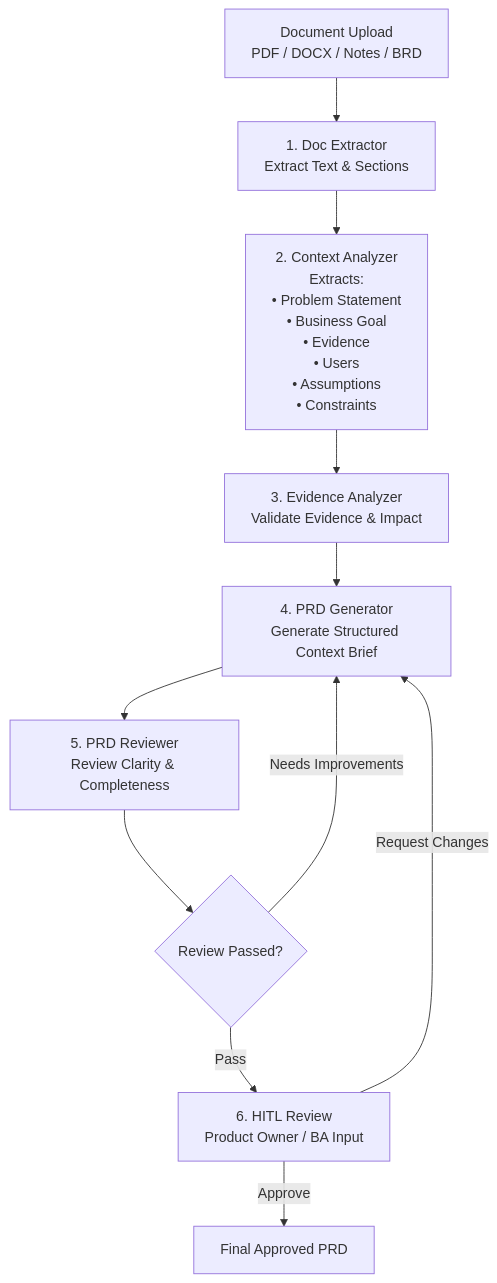
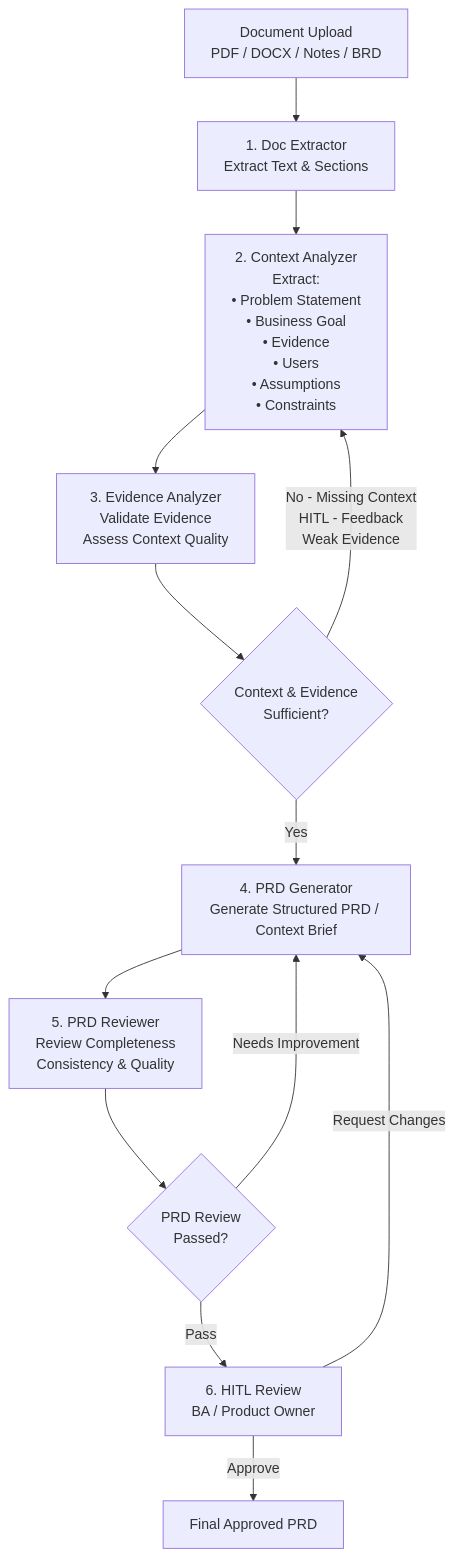
Before and after one commit to neeraj0803/Agentic-AI: the diagram in flowchart.md, drawn with Mermaid. The commit also changed 15 other files, not shown here.

Commit message:
Changes related to Flowchart and added some examples codes.

````diff
--- a/flowchart.md
+++ b/flowchart.md
@@ -1,35 +1,42 @@
 ```mermaid
 flowchart TD
 
     A[Document Upload<br/>PDF / DOCX / Notes / BRD]
 
     B[1. Doc Extractor<br/>Extract Text & Sections]
 
-    C[2. Context Analyzer<br/>Extracts:<br/>• Problem Statement<br/>• Business Goal<br/>• Evidence<br/>• Users<br/>• Assumptions<br/>• Constraints]
+    C[2. Context Analyzer<br/>Extract:<br/>• Problem Statement<br/>• Business Goal<br/>• Evidence<br/>• Users<br/>• Assumptions<br/>• Constraints]
 
-    D[3. Evidence Analyzer<br/>Validate Evidence & Impact]
+    D[3. Evidence Analyzer<br/>Validate Evidence<br/>Assess Context Quality]
 
-    E[4. PRD Generator<br/>Generate Structured Context Brief]
+    E{Context & Evidence<br/>Sufficient?}
 
-    F[5. PRD Reviewer<br/>Review Clarity & Completeness]
+    F[4. PRD Generator<br/>Generate Structured PRD / Context Brief]
 
-    G{Review Passed?}
+    G[5. PRD Reviewer<br/>Review Completeness<br/>Consistency & Quality]
 
-    H[6. HITL Review<br/>Product Owner / BA Input]
+    H{PRD Review<br/>Passed?}
 
-    I[Final Approved PRD]
+    I[6. HITL Review<br/>BA / Product Owner]
+
+    J[Final Approved PRD]
 
     A --> B
     B --> C
     C --> D
+
     D --> E
-    E --> F
+
+    E -->|No - Missing Context <br/>HITL - Feedback<br/>Weak Evidence| C
+    E -->|Yes| F
 
     F --> G
 
-    G -->|Pass| H
-    G -->|Needs Improvements| E
+    G --> H
 
-    H -->|Approve| I
-    H -->|Request Changes| E
+    H -->|Needs Improvement| F
+    H -->|Pass| I
+
+    I -->|Request Changes| F
+    I -->|Approve| J
 ```
````
